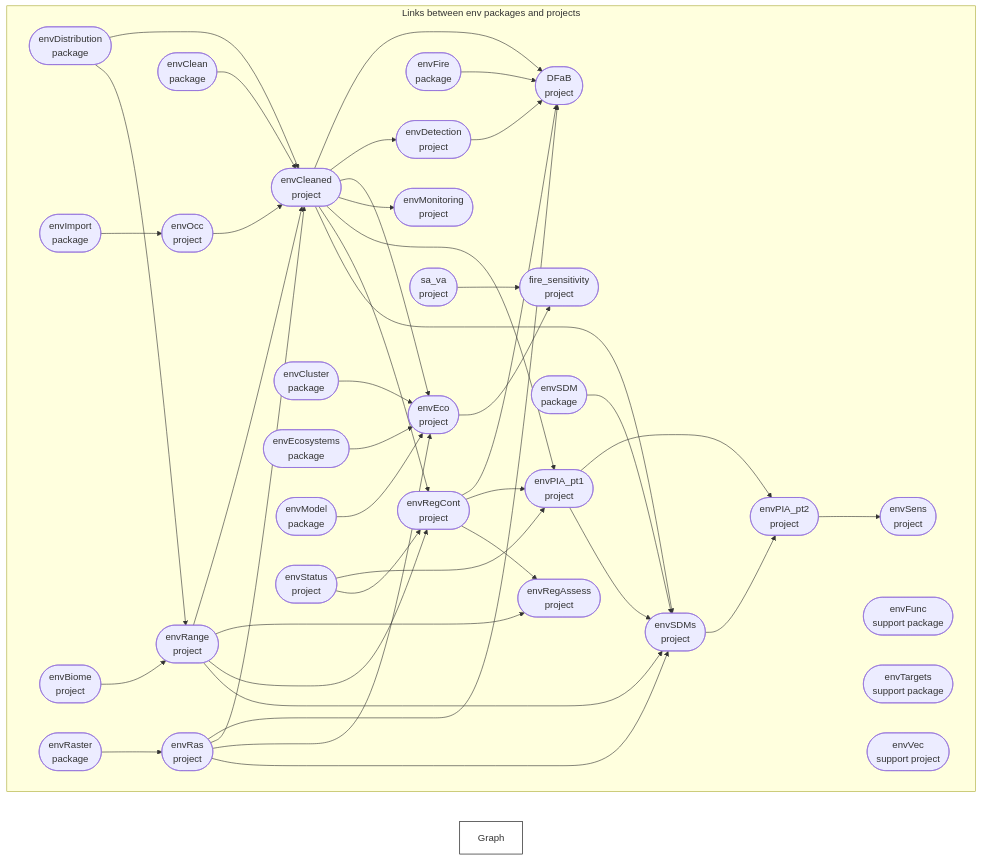
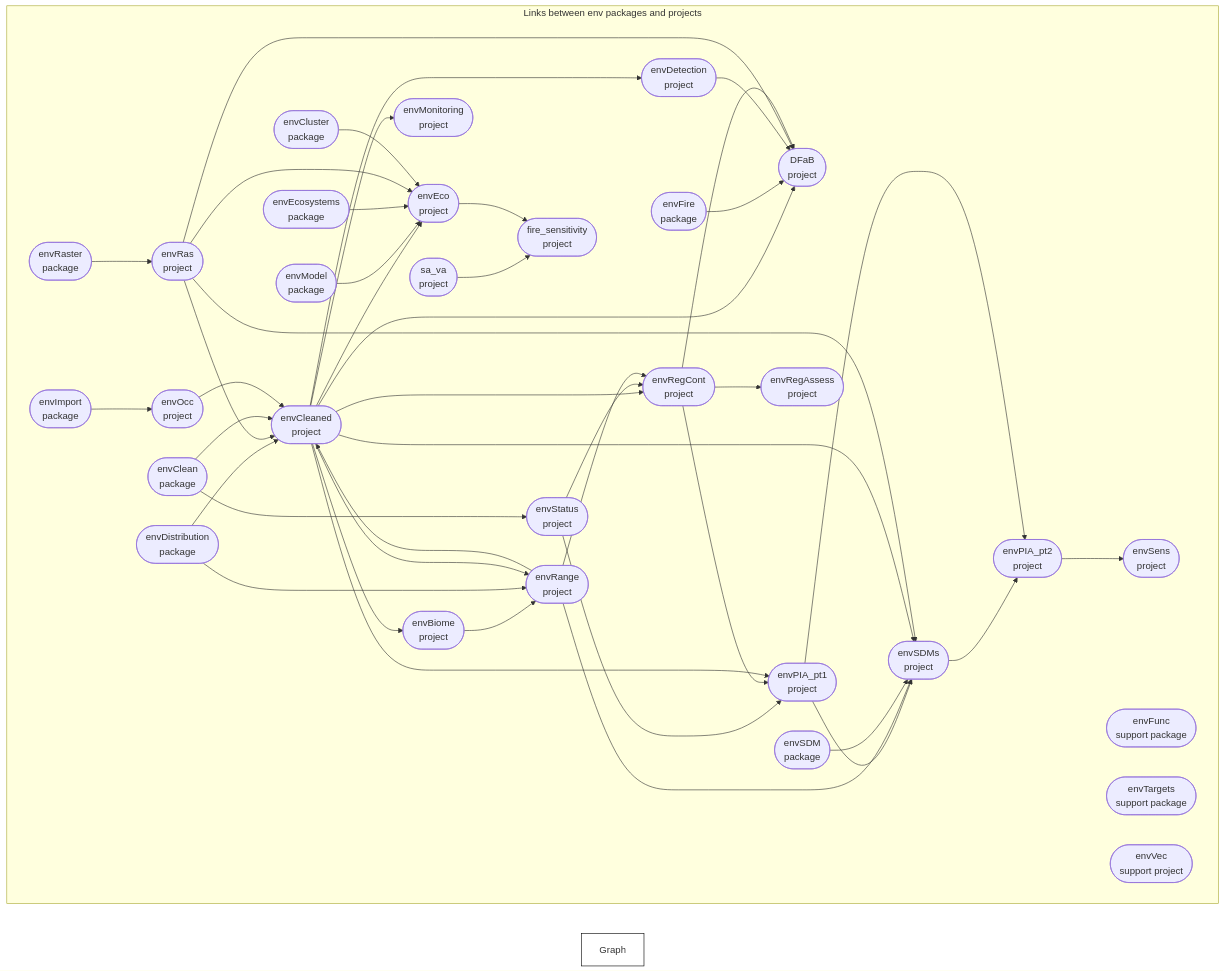
The diagram in profile/README.md (dew-landscapes/.github), drawn with Mermaid before and after one commit. The commit also changed other lines of this file, not shown here.

Commit message:
knit for project target updates

````diff
--- a/profile/README.md
+++ b/profile/README.md
@@ -44,49 +44,51 @@
 ``` mermaid
 graph LR
   style Graph fill:#FFFFFF00,stroke:#000000;
   subgraph Links between env packages and projects
     direction LR
     x4e1f08a5bd05b882(["envCleaned<br>project"]):::queued --> x0658f5015c0c4be5(["DFaB<br>project"]):::queued
+    xb092d78dc6463536(["envFire<br>package"]):::queued --> x0658f5015c0c4be5(["DFaB<br>project"]):::queued
+    x0da89b87fbc34bf3(["envDetection<br>project"]):::queued --> x0658f5015c0c4be5(["DFaB<br>project"]):::queued
+    x67b5feaf09e4d0ca(["envRas<br>project"]):::queued --> x0658f5015c0c4be5(["DFaB<br>project"]):::queued
     x5499a04bf3778295(["envRegCont<br>project"]):::queued --> x0658f5015c0c4be5(["DFaB<br>project"]):::queued
-    xb092d78dc6463536(["envFire<br>package"]):::queued --> x0658f5015c0c4be5(["DFaB<br>project"]):::queued
-    x67b5feaf09e4d0ca(["envRas<br>project"]):::queued --> x0658f5015c0c4be5(["DFaB<br>project"]):::queued
-    x0da89b87fbc34bf3(["envDetection<br>project"]):::queued --> x0658f5015c0c4be5(["DFaB<br>project"]):::queued
+    x4e1f08a5bd05b882(["envCleaned<br>project"]):::queued --> xd8ce469e231f9860(["envBiome<br>project"]):::queued
+    xb53407deaf8a50f7(["envDistribution<br>package"]):::queued --> x4e1f08a5bd05b882(["envCleaned<br>project"]):::queued
+    x67b5feaf09e4d0ca(["envRas<br>project"]):::queued --> x4e1f08a5bd05b882(["envCleaned<br>project"]):::queued
     x199e33ac94c360fd(["envClean<br>package"]):::queued --> x4e1f08a5bd05b882(["envCleaned<br>project"]):::queued
-    x67b5feaf09e4d0ca(["envRas<br>project"]):::queued --> x4e1f08a5bd05b882(["envCleaned<br>project"]):::queued
-    xb53407deaf8a50f7(["envDistribution<br>package"]):::queued --> x4e1f08a5bd05b882(["envCleaned<br>project"]):::queued
+    x4f41d9ef8b70ed0e(["envRange<br>project"]):::queued --> x4e1f08a5bd05b882(["envCleaned<br>project"]):::queued
     x9d3addc2d3c28cb0(["envOcc<br>project"]):::queued --> x4e1f08a5bd05b882(["envCleaned<br>project"]):::queued
-    x4f41d9ef8b70ed0e(["envRange<br>project"]):::queued --> x4e1f08a5bd05b882(["envCleaned<br>project"]):::queued
     x4e1f08a5bd05b882(["envCleaned<br>project"]):::queued --> x0da89b87fbc34bf3(["envDetection<br>project"]):::queued
+    x4e1f08a5bd05b882(["envCleaned<br>project"]):::queued --> xc70bb609a37b98f0(["envEco<br>project"]):::queued
+    x3c05f6553dd2ee1d(["envModel<br>package"]):::queued --> xc70bb609a37b98f0(["envEco<br>project"]):::queued
+    x3c533c4f6ac5a427(["envEcosystems<br>package"]):::queued --> xc70bb609a37b98f0(["envEco<br>project"]):::queued
+    x67b5feaf09e4d0ca(["envRas<br>project"]):::queued --> xc70bb609a37b98f0(["envEco<br>project"]):::queued
     x9eca96d789260dc6(["envCluster<br>package"]):::queued --> xc70bb609a37b98f0(["envEco<br>project"]):::queued
-    x3c533c4f6ac5a427(["envEcosystems<br>package"]):::queued --> xc70bb609a37b98f0(["envEco<br>project"]):::queued
-    x3c05f6553dd2ee1d(["envModel<br>package"]):::queued --> xc70bb609a37b98f0(["envEco<br>project"]):::queued
-    x67b5feaf09e4d0ca(["envRas<br>project"]):::queued --> xc70bb609a37b98f0(["envEco<br>project"]):::queued
-    x4e1f08a5bd05b882(["envCleaned<br>project"]):::queued --> xc70bb609a37b98f0(["envEco<br>project"]):::queued
     x4e1f08a5bd05b882(["envCleaned<br>project"]):::queued --> xae45e25dc1ec55b5(["envMonitoring<br>project"]):::queued
     xa419b1871c902a02(["envImport<br>package"]):::queued --> x9d3addc2d3c28cb0(["envOcc<br>project"]):::queued
-    x4e1f08a5bd05b882(["envCleaned<br>project"]):::queued --> xdfa068c3ebc0366d(["envPIA_pt1<br>project"]):::queued
     xf290cd0a0c6ffe34(["envStatus<br>project"]):::queued --> xdfa068c3ebc0366d(["envPIA_pt1<br>project"]):::queued
     x5499a04bf3778295(["envRegCont<br>project"]):::queued --> xdfa068c3ebc0366d(["envPIA_pt1<br>project"]):::queued
+    x4e1f08a5bd05b882(["envCleaned<br>project"]):::queued --> xdfa068c3ebc0366d(["envPIA_pt1<br>project"]):::queued
     xc1054dd4c63b18e0(["envSDMs<br>project"]):::queued --> xe5749d29c71b6a92(["envPIA_pt2<br>project"]):::queued
     xdfa068c3ebc0366d(["envPIA_pt1<br>project"]):::queued --> xe5749d29c71b6a92(["envPIA_pt2<br>project"]):::queued
     xd8ce469e231f9860(["envBiome<br>project"]):::queued --> x4f41d9ef8b70ed0e(["envRange<br>project"]):::queued
     xb53407deaf8a50f7(["envDistribution<br>package"]):::queued --> x4f41d9ef8b70ed0e(["envRange<br>project"]):::queued
+    x4e1f08a5bd05b882(["envCleaned<br>project"]):::queued --> x4f41d9ef8b70ed0e(["envRange<br>project"]):::queued
     x89ac92b9bcad912d(["envRaster<br>package"]):::queued --> x67b5feaf09e4d0ca(["envRas<br>project"]):::queued
-    x4f41d9ef8b70ed0e(["envRange<br>project"]):::queued --> x880df32bd41b0aa9(["envRegAssess<br>project"]):::queued
     x5499a04bf3778295(["envRegCont<br>project"]):::queued --> x880df32bd41b0aa9(["envRegAssess<br>project"]):::queued
     x4e1f08a5bd05b882(["envCleaned<br>project"]):::queued --> x5499a04bf3778295(["envRegCont<br>project"]):::queued
     xf290cd0a0c6ffe34(["envStatus<br>project"]):::queued --> x5499a04bf3778295(["envRegCont<br>project"]):::queued
     x4f41d9ef8b70ed0e(["envRange<br>project"]):::queued --> x5499a04bf3778295(["envRegCont<br>project"]):::queued
+    xdfa068c3ebc0366d(["envPIA_pt1<br>project"]):::queued --> xc1054dd4c63b18e0(["envSDMs<br>project"]):::queued
+    x4f41d9ef8b70ed0e(["envRange<br>project"]):::queued --> xc1054dd4c63b18e0(["envSDMs<br>project"]):::queued
+    x07cddf360e9b199e(["envSDM<br>package"]):::queued --> xc1054dd4c63b18e0(["envSDMs<br>project"]):::queued
+    x4e1f08a5bd05b882(["envCleaned<br>project"]):::queued --> xc1054dd4c63b18e0(["envSDMs<br>project"]):::queued
     x67b5feaf09e4d0ca(["envRas<br>project"]):::queued --> xc1054dd4c63b18e0(["envSDMs<br>project"]):::queued
-    xdfa068c3ebc0366d(["envPIA_pt1<br>project"]):::queued --> xc1054dd4c63b18e0(["envSDMs<br>project"]):::queued
-    x07cddf360e9b199e(["envSDM<br>package"]):::queued --> xc1054dd4c63b18e0(["envSDMs<br>project"]):::queued
-    x4f41d9ef8b70ed0e(["envRange<br>project"]):::queued --> xc1054dd4c63b18e0(["envSDMs<br>project"]):::queued
-    x4e1f08a5bd05b882(["envCleaned<br>project"]):::queued --> xc1054dd4c63b18e0(["envSDMs<br>project"]):::queued
     xe5749d29c71b6a92(["envPIA_pt2<br>project"]):::queued --> x2d1dcea9060b62fe(["envSens<br>project"]):::queued
+    x199e33ac94c360fd(["envClean<br>package"]):::queued --> xf290cd0a0c6ffe34(["envStatus<br>project"]):::queued
+    xb2a4767da474386b(["sa_va<br>project"]):::queued --> x0f16edc93d113ef9(["fire_sensitivity<br>project"]):::queued
     xc70bb609a37b98f0(["envEco<br>project"]):::queued --> x0f16edc93d113ef9(["fire_sensitivity<br>project"]):::queued
-    xb2a4767da474386b(["sa_va<br>project"]):::queued --> x0f16edc93d113ef9(["fire_sensitivity<br>project"]):::queued
     x6832f874a98057bb(["envFunc<br>support package"]):::queued
     xb03046fba8fa1b84(["envTargets<br>support package"]):::queued
     xa92bc89dfa147112(["envVec<br>support project"]):::queued
   end
 ```
````
